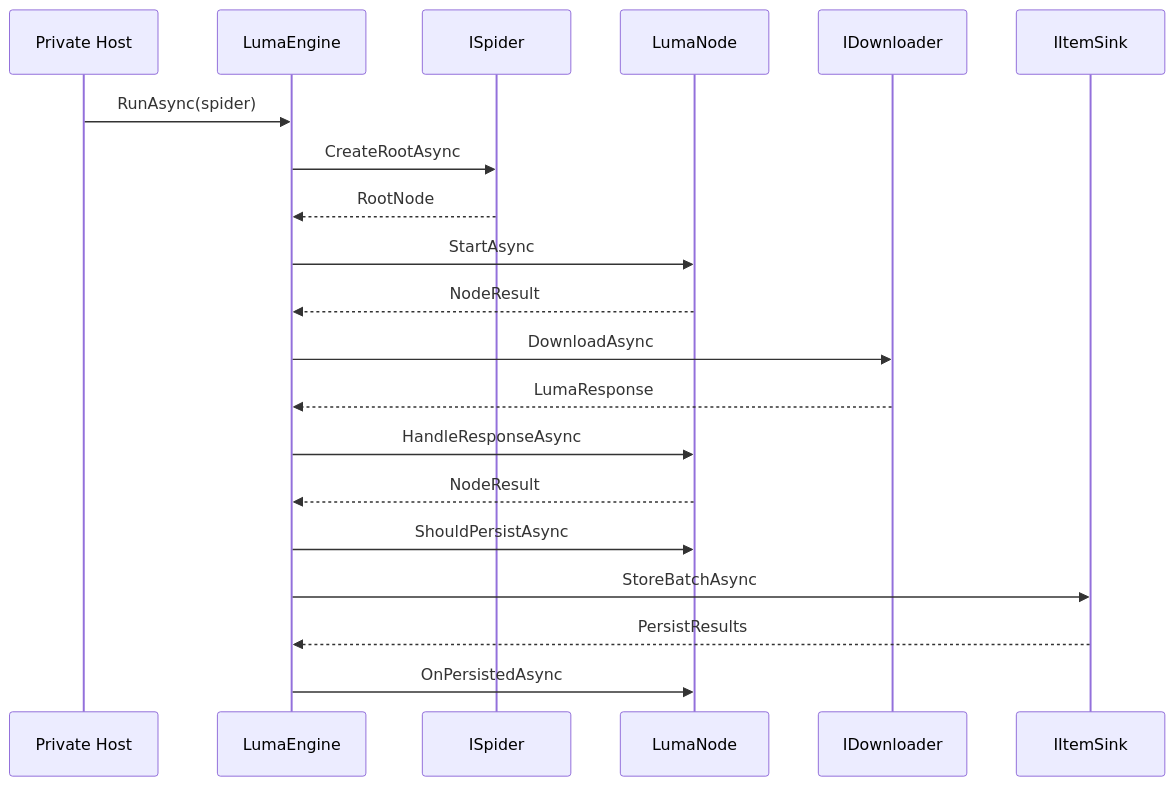
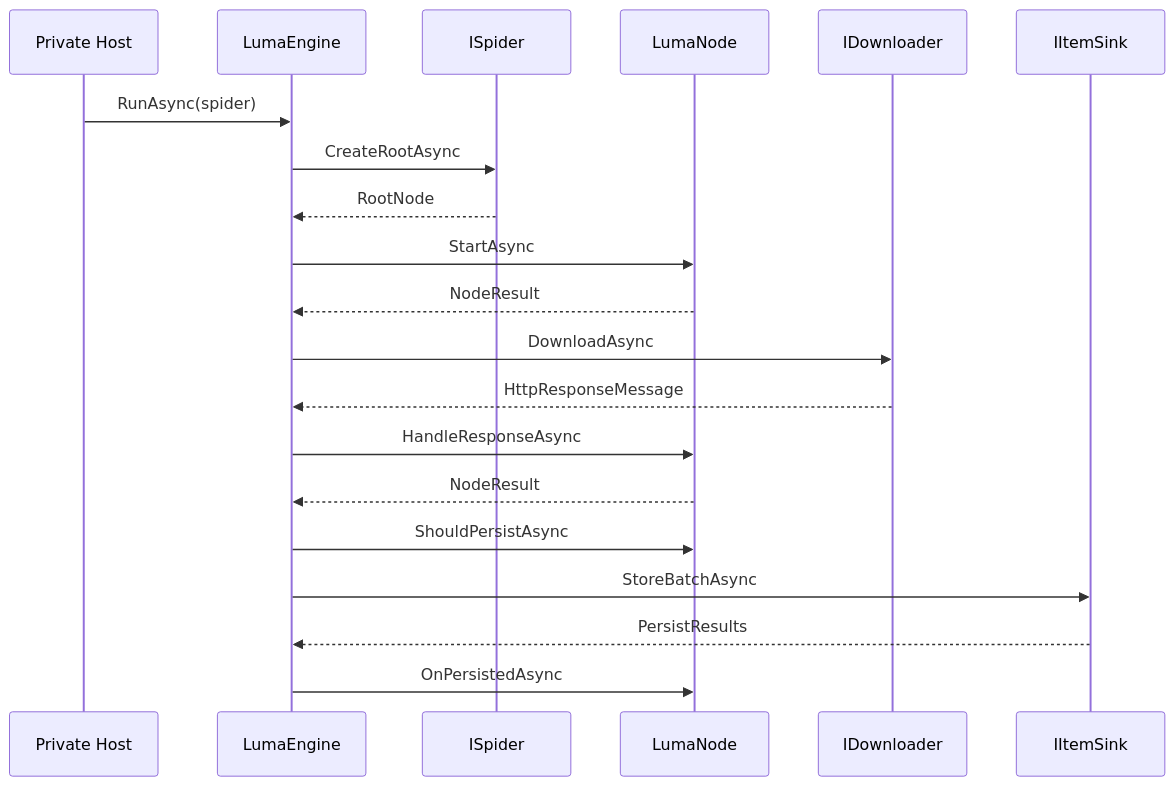
One commit to zeayii/luma changed the diagram in Zeayii.Luma.Engine/README.en.md. Above: the diagram before and after it, drawn with Mermaid. The commit also changed 16 other files, not shown here.

````diff
--- a/Zeayii.Luma.Engine/README.en.md
+++ b/Zeayii.Luma.Engine/README.en.md
@@ -18,23 +18,23 @@
 ```mermaid
 sequenceDiagram
     participant Host as Private Host
     participant Engine as LumaEngine
     participant Spider as ISpider
     participant Node as LumaNode
     participant D as IDownloader
     participant Sink as IItemSink
 
     Host->>Engine: RunAsync(spider)
     Engine->>Spider: CreateRootAsync
     Spider-->>Engine: RootNode
     Engine->>Node: StartAsync
     Node-->>Engine: NodeResult
     Engine->>D: DownloadAsync
-    D-->>Engine: LumaResponse
+    D-->>Engine: HttpResponseMessage
     Engine->>Node: HandleResponseAsync
     Node-->>Engine: NodeResult
     Engine->>Node: ShouldPersistAsync
     Engine->>Sink: StoreBatchAsync
     Sink-->>Engine: PersistResults
     Engine->>Node: OnPersistedAsync
 ```
````
